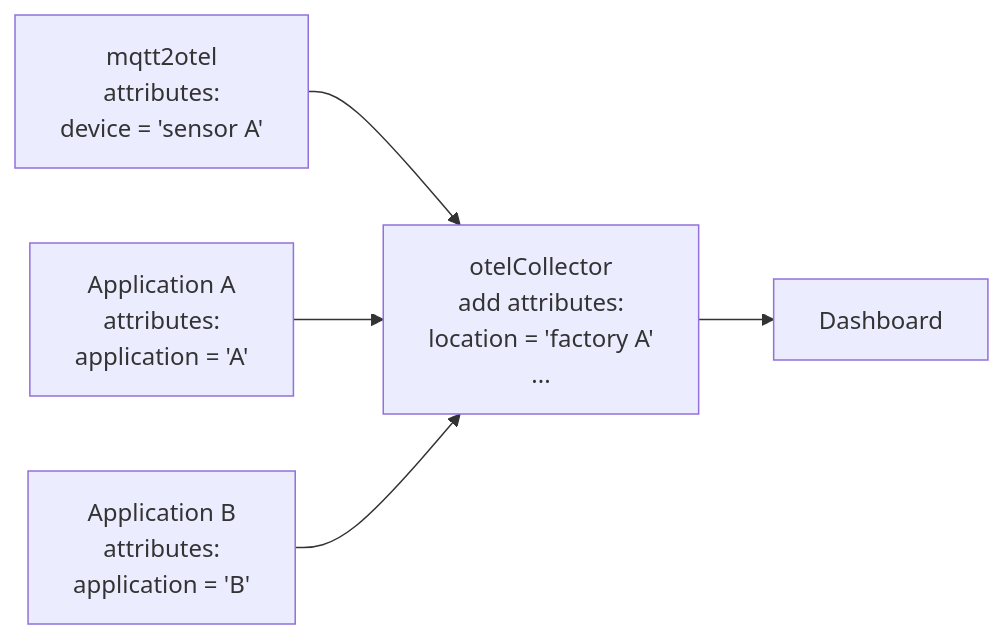
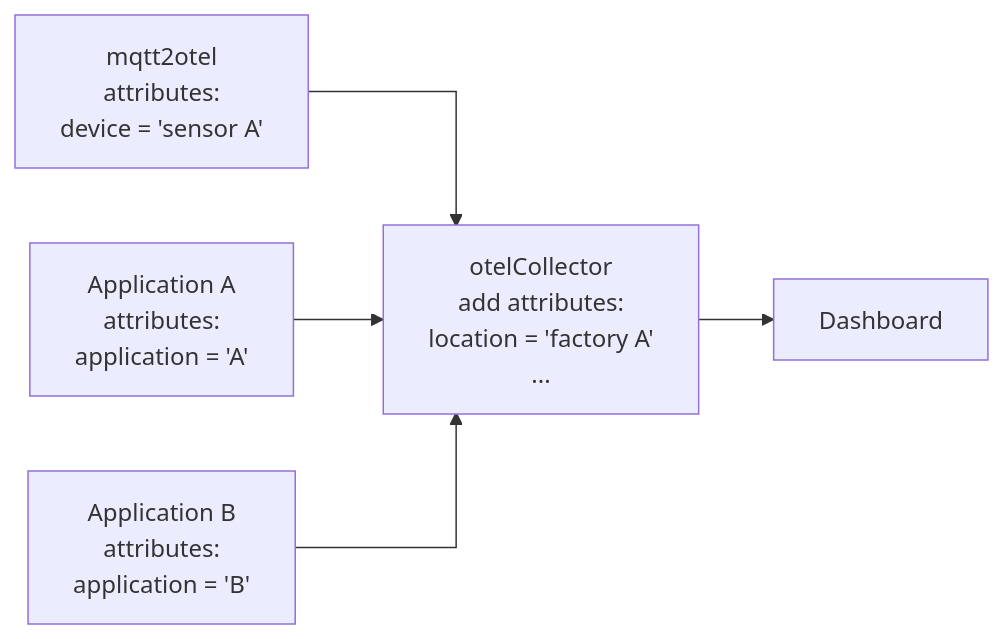
Before and after one commit to OSgAgA/mqtt2otel: the second of 4 diagrams in docs/content/_index.md, drawn with Mermaid. The commit also changed other lines of this file and 6 other files, not shown here.

Commit message:
Improved  mermaid rendering and added copy button to code fences.

````diff
--- a/docs/content/_index.md
+++ b/docs/content/_index.md
@@ -77,11 +83,17 @@
 ```mermaid
+---
+config:
+  flowchart:
+    curve: stepAfter
+---
+
 flowchart LR
   mqtt2otel[mqtt2otel<br/>attributes:<br/> device = 'sensor A']
   applicationA[Application A<br/>attributes:<br/> application = 'A']
   applicationB[Application B<br/>attributes:<br/> application = 'B']
   otelCollector[otelCollector<br/>add attributes:<br/> location = 'factory A'<br/>...]
   mqtt2otel --> otelCollector
   applicationA --> otelCollector
   applicationB --> otelCollector
   otelCollector --> Dashboard
 ```
````
